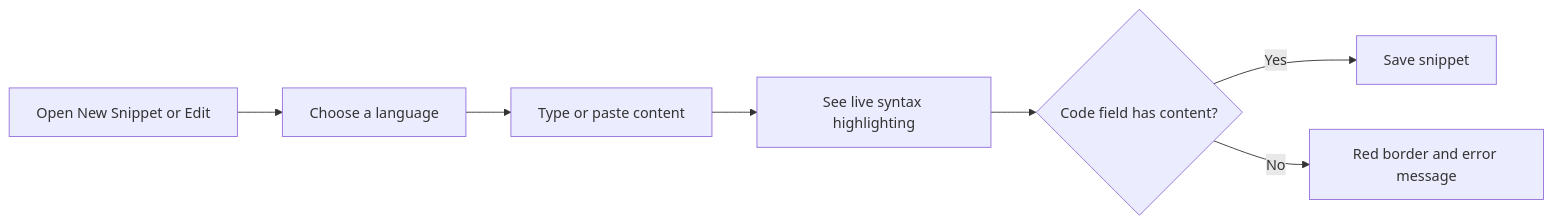
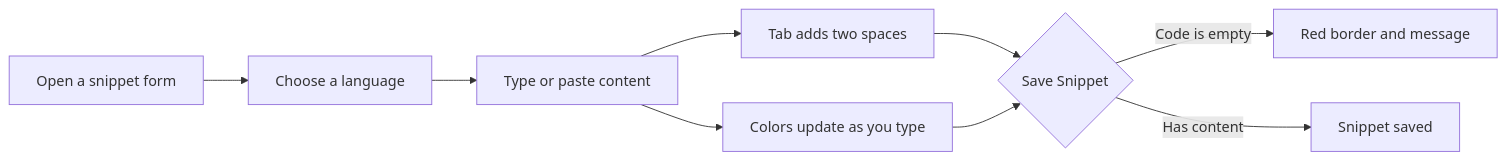
One commit to Mohita111/API2 changed the diagram in api2-documentation/plan_2026-11-02_f8890e/user-facing-docs/code-editor.md. Above: the diagram before and after it, drawn with Mermaid. The commit also changed other lines of this file and 11 other files, not shown here.

````diff
--- a/api2-documentation/plan_2026-11-02_f8890e/user-facing-docs/code-editor.md
+++ b/api2-documentation/plan_2026-11-02_f8890e/user-facing-docs/code-editor.md
@@ -54,9 +62,11 @@
 ```mermaid
 graph LR
-    A["Open New Snippet or Edit"] --> B["Choose a language"]
-    B --> C["Type or paste content"]
-    C --> D["See live syntax highlighting"]
-    D --> E{"Code field has content?"}
-    E -- "Yes" --> F["Save snippet"]
-    E -- "No" --> G["Red border and error message"]
+    A[Open a snippet form] --> B[Choose a language]
+    B --> C[Type or paste content]
+    C --> D[Tab adds two spaces]
+    C --> E[Colors update as you type]
+    D --> F{Save Snippet}
+    E --> F
+    F -->|Code is empty| G[Red border and message]
+    F -->|Has content| H[Snippet saved]
 ```
````
